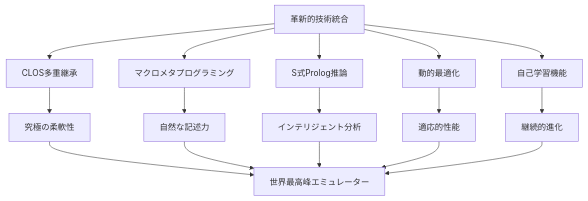
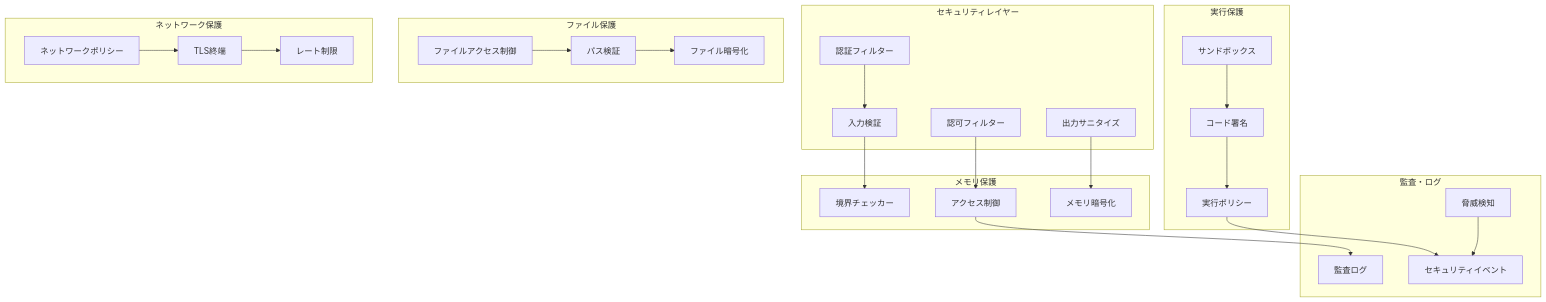
One commit to takeokunn/cl-chip8 changed diagram 14 of 14 in docs/explanation/02-architecture-design.md. Above: the diagram before and after it, drawn with Mermaid. The commit also changed other lines of this file and 27 other files, not shown here.

````diff
--- a/docs/explanation/02-architecture-design.md
+++ b/docs/explanation/02-architecture-design.md
@@ -416,20 +1173,57 @@
 ```mermaid
-graph TD
-    A[革新的技術統合] --> B[CLOS多重継承]
-    A --> C[マクロメタプログラミング]
-    A --> D[S式Prolog推論]
-    A --> E[動的最適化]
-    A --> F[自己学習機能]
+graph TB
+    subgraph "セキュリティレイヤー"
+        AuthFilter[認証フィルター]
+        AuthzFilter[認可フィルター]
+        InputValidator[入力検証]
+        OutputSanitizer[出力サニタイズ]
+    end
 
-    B --> G[究極の柔軟性]
-    C --> H[自然な記述力]
-    D --> I[インテリジェント分析]
-    E --> J[適応的性能]
-    F --> K[継続的進化]
+    subgraph "メモリ保護"
+        BoundsChecker[境界チェッカー]
+        AccessController[アクセス制御]
+        MemoryEncryption[メモリ暗号化]
+    end
 
-    G --> L[世界最高峰エミュレーター]
-    H --> L
-    I --> L
-    J --> L
-    K --> L
+    subgraph "実行保護"
+        SandboxEngine[サンドボックス]
+        CodeSigning[コード署名]
+        ExecPolicy[実行ポリシー]
+    end
+
+    subgraph "ファイル保護"
+        FileACL[ファイルアクセス制御]
+        PathValidator[パス検証]
+        FileEncryption[ファイル暗号化]
+    end
+
+    subgraph "ネットワーク保護"
+        NetworkPolicy[ネットワークポリシー]
+        TLSTermination[TLS終端]
+        RateLimit[レート制限]
+    end
+
+    subgraph "監査・ログ"
+        AuditLogger[監査ログ]
+        SecurityEvents[セキュリティイベント]
+        ThreatDetection[脅威検知]
+    end
+
+    AuthFilter --> InputValidator
+    AuthzFilter --> AccessController
+    InputValidator --> BoundsChecker
+    OutputSanitizer --> MemoryEncryption
+
+    SandboxEngine --> CodeSigning
+    CodeSigning --> ExecPolicy
+
+    FileACL --> PathValidator
+    PathValidator --> FileEncryption
+
+    NetworkPolicy --> TLSTermination
+    TLSTermination --> RateLimit
+
+    AccessController --> AuditLogger
+    ExecPolicy --> SecurityEvents
+    ThreatDetection --> SecurityEvents
 ```
````
